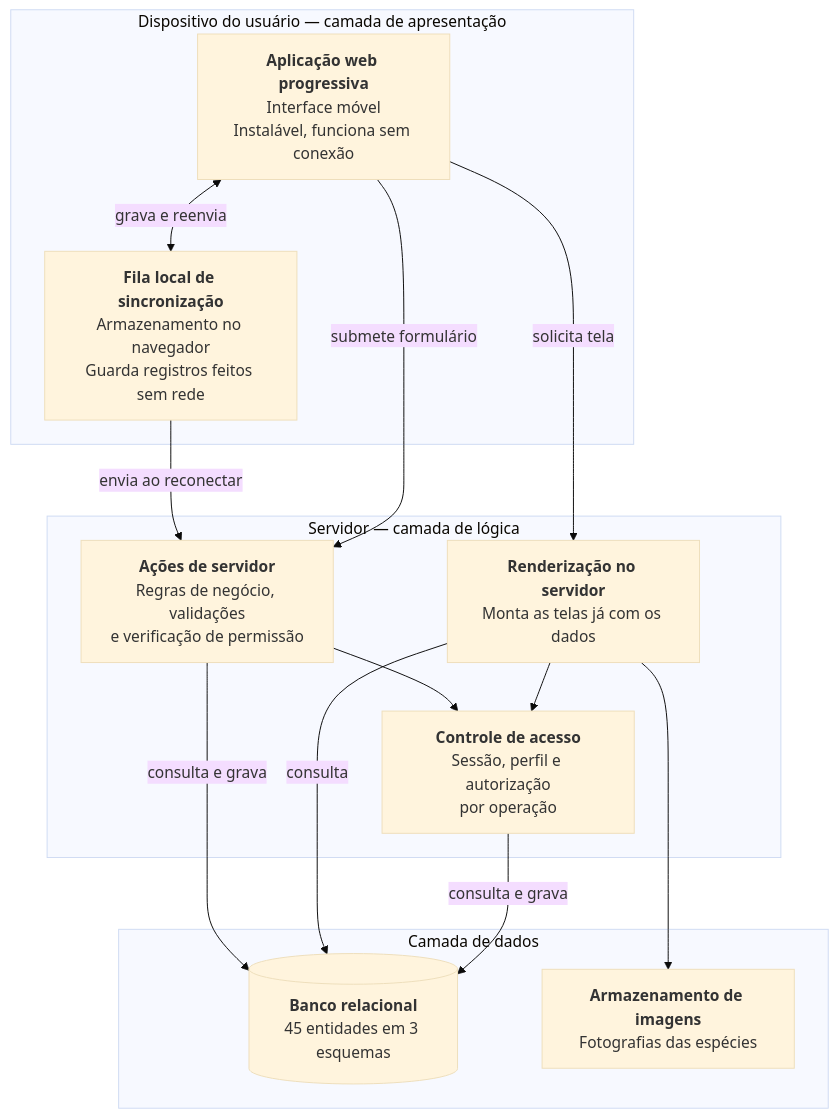
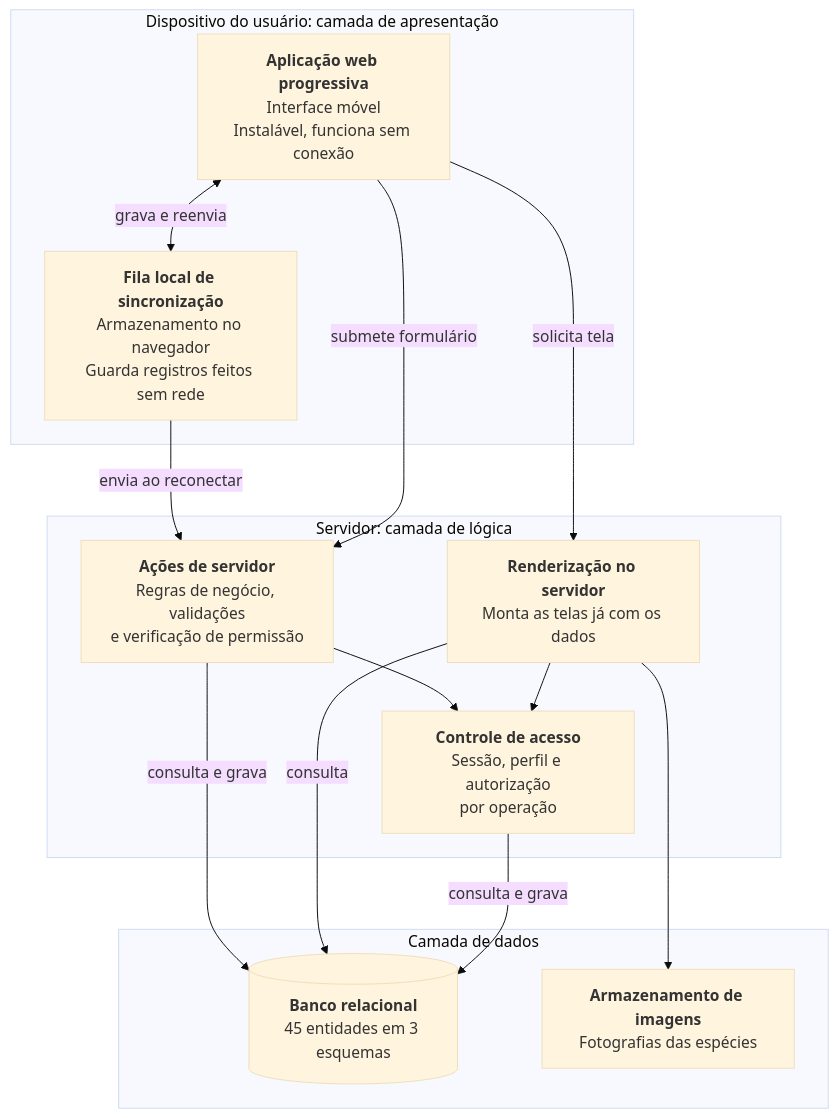
One commit to JoaoMudar/mudar changed the second of 3 diagrams in docs/engenharia/D-arquitetura/D1-arquitetura-c4.md. Above: the diagram before and after it, drawn with Mermaid (base theme). The commit also changed other lines of this file and 108 other files, not shown here.

````diff
--- a/docs/engenharia/D-arquitetura/D1-arquitetura-c4.md
+++ b/docs/engenharia/D-arquitetura/D1-arquitetura-c4.md
@@ -73,30 +73,30 @@
 ```mermaid
 graph TB
-  subgraph disp["Dispositivo do usuário — camada de apresentação"]
+  subgraph disp["Dispositivo do usuário: camada de apresentação"]
     PWA["<b>Aplicação web progressiva</b><br/>Interface móvel<br/>Instalável, funciona sem conexão"]
     FILA["<b>Fila local de sincronização</b><br/>Armazenamento no navegador<br/>Guarda registros feitos sem rede"]
   end
 
-  subgraph srv["Servidor — camada de lógica"]
+  subgraph srv["Servidor: camada de lógica"]
     REND["<b>Renderização no servidor</b><br/>Monta as telas já com os dados"]
     ACOES["<b>Ações de servidor</b><br/>Regras de negócio, validações<br/>e verificação de permissão"]
     AUTH["<b>Controle de acesso</b><br/>Sessão, perfil e autorização<br/>por operação"]
   end
 
   subgraph dados["Camada de dados"]
     BD[("<b>Banco relacional</b><br/>45 entidades em 3 esquemas")]
     ARQ["<b>Armazenamento de imagens</b><br/>Fotografias das espécies"]
   end
 
   PWA -->|"solicita tela"| REND
   PWA -->|"submete formulário"| ACOES
   PWA <-->|"grava e reenvia"| FILA
   FILA -->|"envia ao reconectar"| ACOES
 
   REND --> AUTH
   ACOES --> AUTH
   AUTH -->|"consulta e grava"| BD
   REND -->|"consulta"| BD
   ACOES -->|"consulta e grava"| BD
   REND --> ARQ
 ```
````
